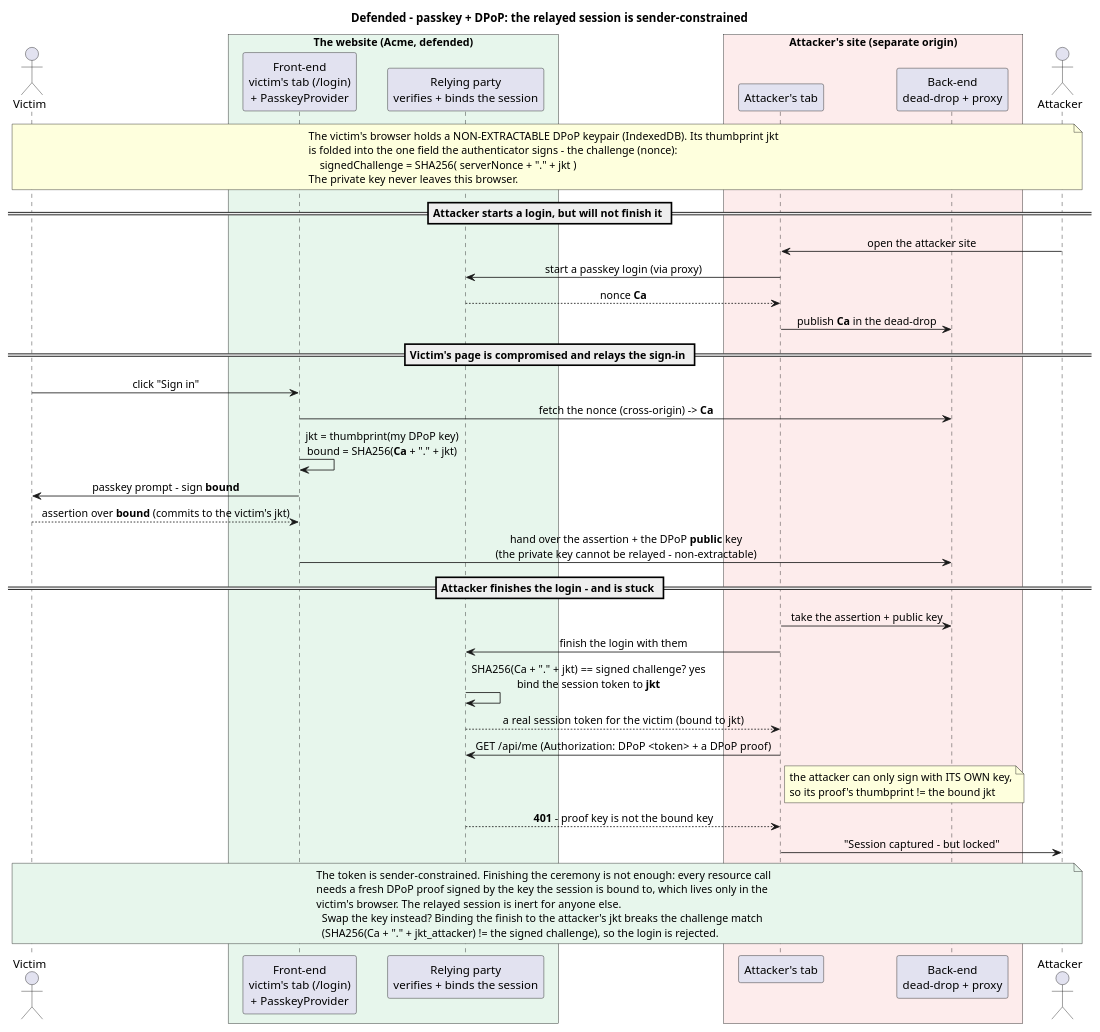
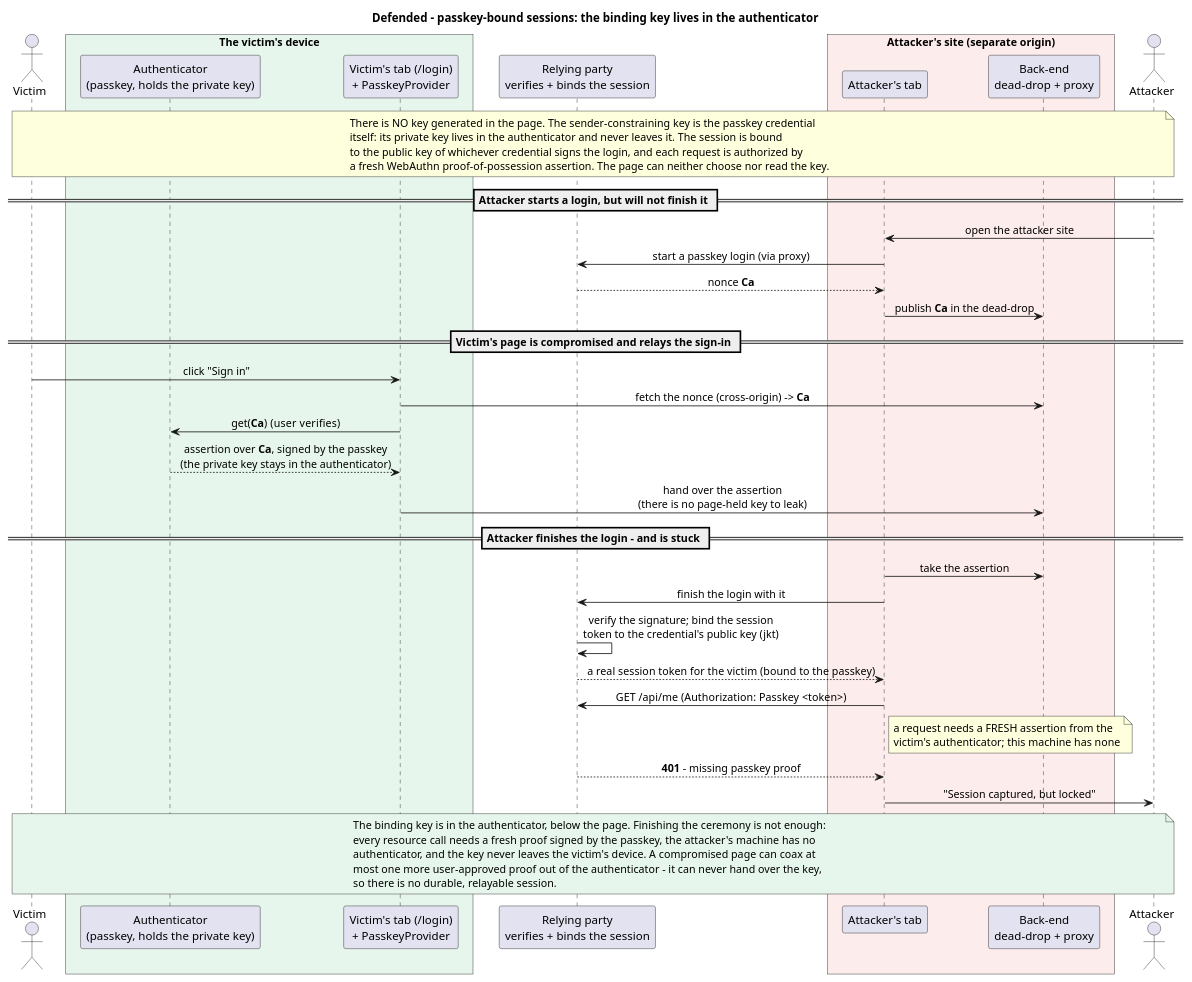
Before and after one commit to sashyo/PasstheKeys: the diagram in pocketid-demo/defended/flow.puml, drawn with PlantUML. The commit also changed 10 other files, not shown here.

```diff
--- a/pocketid-demo/defended/flow.puml
+++ b/pocketid-demo/defended/flow.puml
@@ -1,60 +1,60 @@
 @startuml PassTheKeysDefended
-title Defended - passkey + DPoP: the relayed session is sender-constrained
+title Defended - passkey-bound sessions: the binding key lives in the authenticator
 
 skinparam shadowing false
 skinparam defaultFontName sans-serif
 skinparam sequenceMessageAlign center
 skinparam ParticipantPadding 14
 skinparam BoxPadding 12
 
 actor "Victim" as V
-box "The website (Acme, defended)" #E7F6EC
-  participant "Front-end\nvictim's tab (/login)\n+ PasskeyProvider" as VP
-  participant "Relying party\nverifies + binds the session" as RP
+box "The victim's device" #E7F6EC
+  participant "Authenticator\n(passkey, holds the private key)" as AUTH
+  participant "Victim's tab (/login)\n+ PasskeyProvider" as VP
 end box
+participant "Relying party\nverifies + binds the session" as RP
 box "Attacker's site (separate origin)" #FDECEC
   participant "Attacker's tab" as AP
   participant "Back-end\ndead-drop + proxy" as AD
 end box
 actor "Attacker" as A
 
 note across
-  The victim's browser holds a NON-EXTRACTABLE DPoP keypair (IndexedDB). Its thumbprint jkt
-  is folded into the one field the authenticator signs - the challenge (nonce):
-      signedChallenge = SHA256( serverNonce + "." + jkt )
-  The private key never leaves this browser.
+  There is NO key generated in the page. The sender-constraining key is the passkey credential
+  itself: its private key lives in the authenticator and never leaves it. The session is bound
+  to the public key of whichever credential signs the login, and each request is authorized by
+  a fresh WebAuthn proof-of-possession assertion. The page can neither choose nor read the key.
 end note
 
 == Attacker starts a login, but will not finish it ==
 A -> AP : open the attacker site
 AP -> RP : start a passkey login (via proxy)
 RP --> AP : nonce **Ca**
 AP -> AD : publish **Ca** in the dead-drop
 
 == Victim's page is compromised and relays the sign-in ==
 V -> VP : click "Sign in"
 VP -> AD : fetch the nonce (cross-origin) -> **Ca**
-VP -> VP : jkt = thumbprint(my DPoP key)\nbound = SHA256(**Ca** + "." + jkt)
-VP -> V : passkey prompt - sign **bound**
-V --> VP : assertion over **bound** (commits to the victim's jkt)
-VP -> AD : hand over the assertion + the DPoP **public** key\n(the private key cannot be relayed - non-extractable)
+VP -> AUTH : get(**Ca**)  (user verifies)
+AUTH --> VP : assertion over **Ca**, signed by the passkey\n(the private key stays in the authenticator)
+VP -> AD : hand over the assertion\n(there is no page-held key to leak)
 
 == Attacker finishes the login - and is stuck ==
-AP -> AD : take the assertion + public key
-AP -> RP : finish the login with them
-RP -> RP : SHA256(Ca + "." + jkt) == signed challenge?  yes\nbind the session token to **jkt**
-RP --> AP : a real session token for the victim  (bound to jkt)
-AP -> RP : GET /api/me  (Authorization: DPoP <token> + a DPoP proof)
-note right of AP : the attacker can only sign with ITS OWN key,\nso its proof's thumbprint != the bound jkt
-RP --> AP : **401** - proof key is not the bound key
-AP -> A : "Session captured - but locked"
+AP -> AD : take the assertion
+AP -> RP : finish the login with it
+RP -> RP : verify the signature; bind the session\ntoken to the credential's public key (jkt)
+RP --> AP : a real session token for the victim  (bound to the passkey)
+AP -> RP : GET /api/me  (Authorization: Passkey <token>)
+note right of AP : a request needs a FRESH assertion from the\nvictim's authenticator; this machine has none
+RP --> AP : **401** - missing passkey proof
+AP -> A : "Session captured, but locked"
 
 note across #E7F6EC
-  The token is sender-constrained. Finishing the ceremony is not enough: every resource call
-  needs a fresh DPoP proof signed by the key the session is bound to, which lives only in the
-  victim's browser. The relayed session is inert for anyone else.
-    Swap the key instead? Binding the finish to the attacker's jkt breaks the challenge match
-    (SHA256(Ca + "." + jkt_attacker) != the signed challenge), so the login is rejected.
+  The binding key is in the authenticator, below the page. Finishing the ceremony is not enough:
+  every resource call needs a fresh proof signed by the passkey, the attacker's machine has no
+  authenticator, and the key never leaves the victim's device. A compromised page can coax at
+  most one more user-approved proof out of the authenticator - it can never hand over the key,
+  so there is no durable, relayable session.
 end note
 
 @enduml
```
